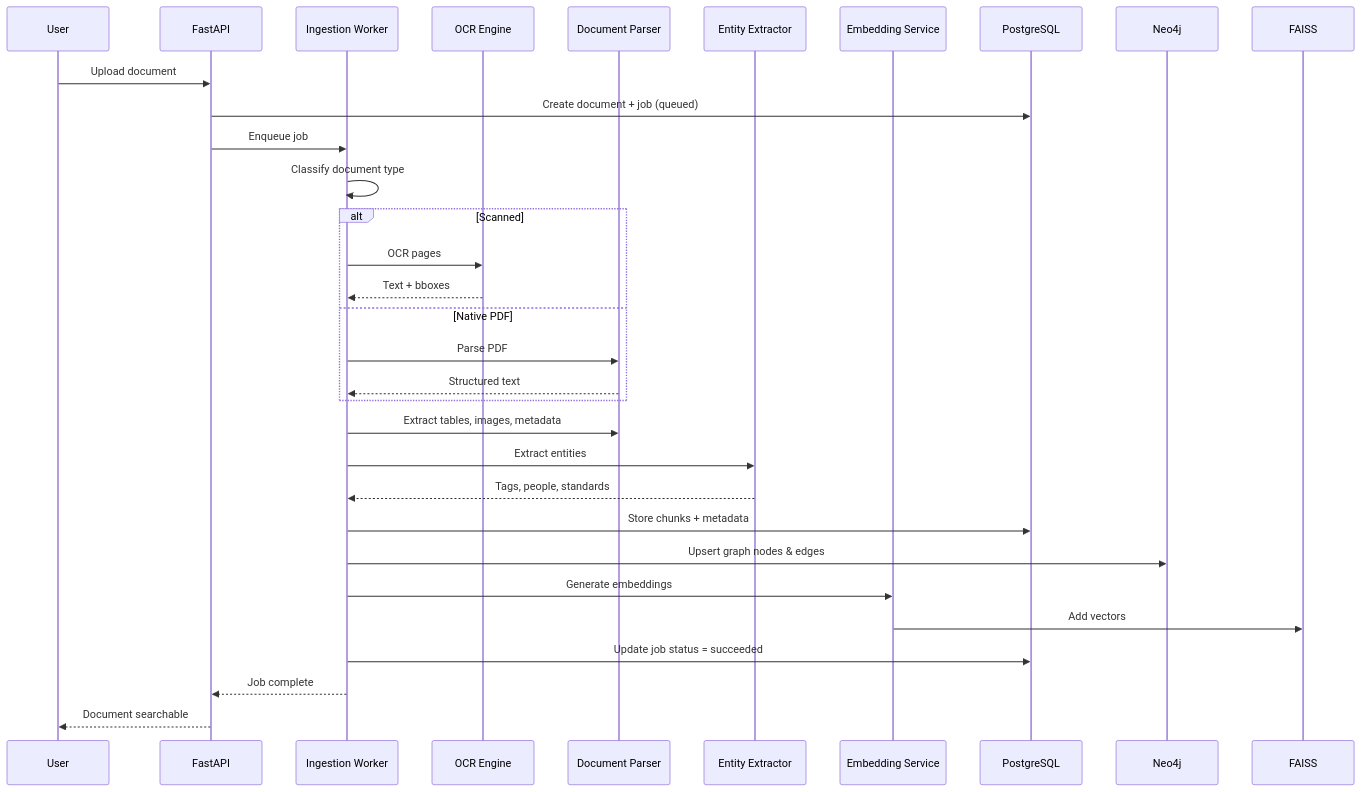
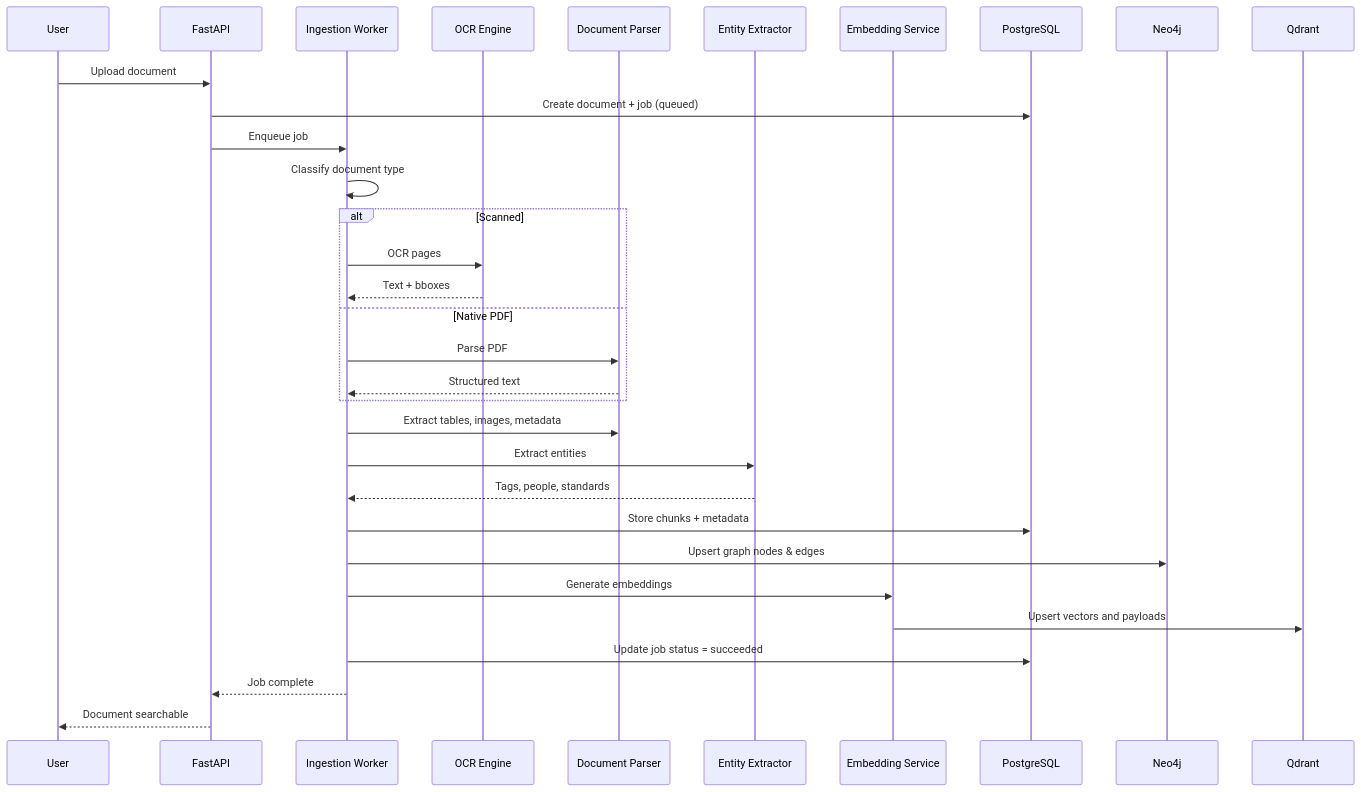
Diagram 13 of 13 in docs/12_DOCUMENT_PIPELINE.md (pratapVansh/TRACE), drawn with Mermaid before and after one commit. The commit also changed other lines of this file and 60 other files, not shown here.

````diff
--- a/docs/12_DOCUMENT_PIPELINE.md
+++ b/docs/12_DOCUMENT_PIPELINE.md
@@ -502,35 +508,35 @@
 ```mermaid
 sequenceDiagram
     participant User
     participant API as FastAPI
     participant Worker as Ingestion Worker
     participant OCR as OCR Engine
     participant Parser as Document Parser
     participant NER as Entity Extractor
     participant EMB as Embedding Service
     participant PG as PostgreSQL
     participant NEO as Neo4j
-    participant FAISS
+    participant Qdrant
 
     User->>API: Upload document
     API->>PG: Create document + job (queued)
     API->>Worker: Enqueue job
     Worker->>Worker: Classify document type
     alt Scanned
         Worker->>OCR: OCR pages
         OCR-->>Worker: Text + bboxes
     else Native PDF
         Worker->>Parser: Parse PDF
         Parser-->>Worker: Structured text
     end
     Worker->>Parser: Extract tables, images, metadata
     Worker->>NER: Extract entities
     NER-->>Worker: Tags, people, standards
     Worker->>PG: Store chunks + metadata
     Worker->>NEO: Upsert graph nodes & edges
     Worker->>EMB: Generate embeddings
-    EMB->>FAISS: Add vectors
+    EMB->>Qdrant: Upsert vectors and payloads
     Worker->>PG: Update job status = succeeded
     Worker-->>API: Job complete
     API-->>User: Document searchable
 ```
````
